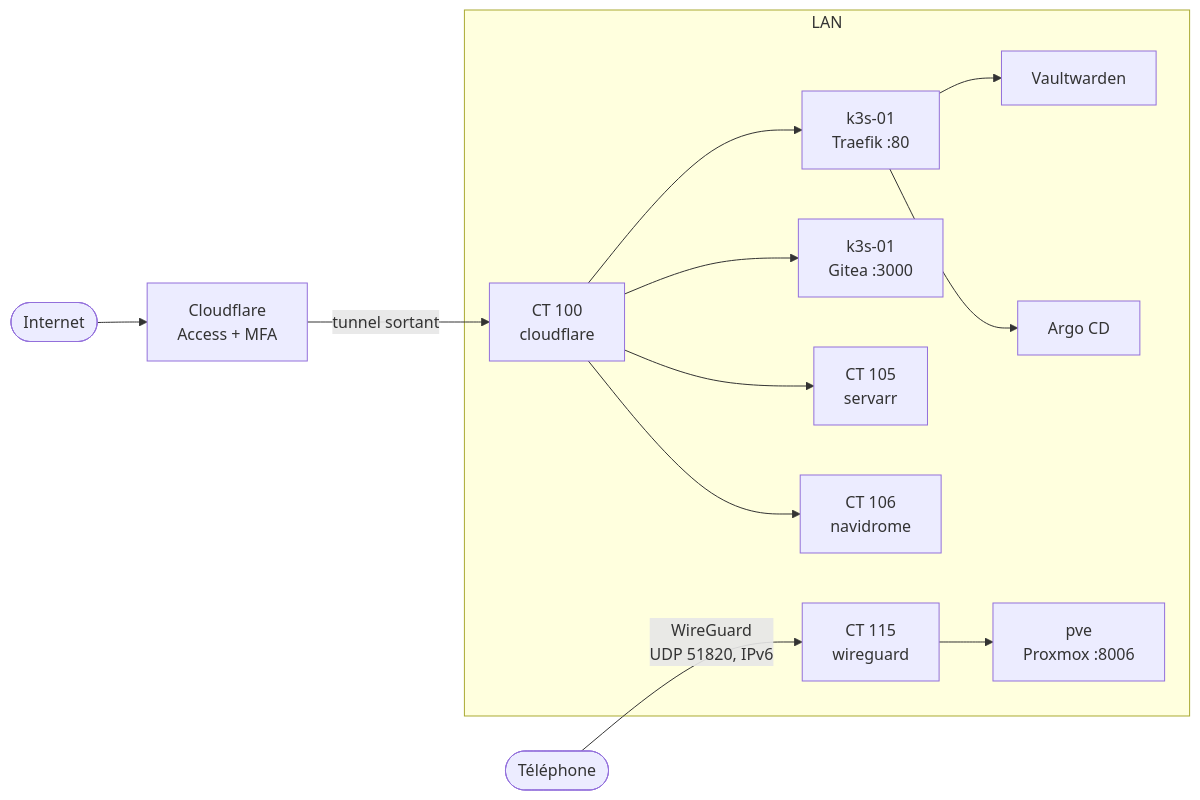
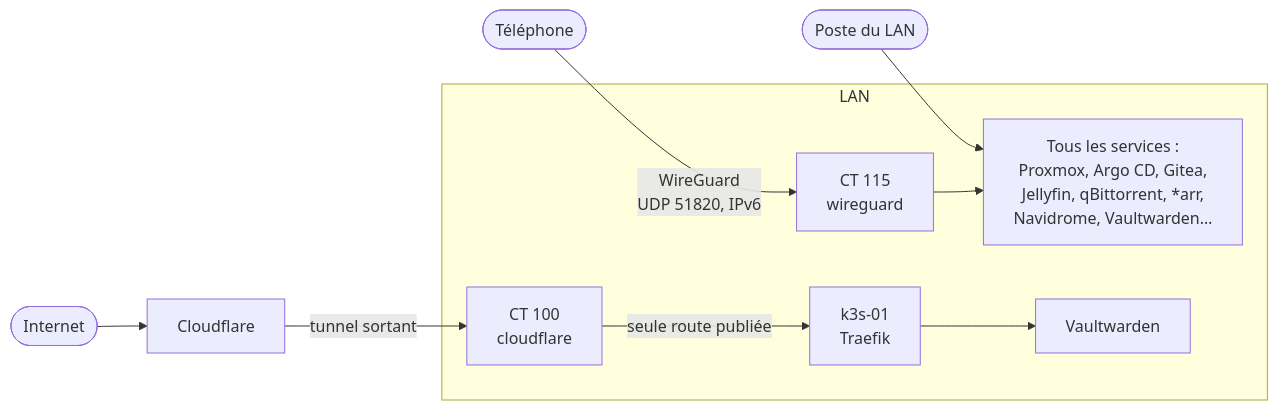
The diagram in docs/vue-ensemble/architecture.md (TLGitDev/homelab-public), drawn with Mermaid before and after one commit. The commit also changed other lines of this file and 3 other files, not shown here.

First line of the commit message:
Ne garder que Vaultwarden sur Cloudflare et noter l'alerte ntfy validée

````diff
--- a/docs/vue-ensemble/architecture.md
+++ b/docs/vue-ensemble/architecture.md
@@ -9,16 +9,13 @@
 ```mermaid
 flowchart LR
-    U([Internet]) --> CF["Cloudflare<br/>Access + MFA"]
+    U([Internet]) --> CF["Cloudflare"]
     T([Téléphone]) -->|"WireGuard<br/>UDP 51820, IPv6"| WG["CT 115<br/>wireguard"]
     CF -->|"tunnel sortant"| C100["CT 100<br/>cloudflare"]
+    P([Poste du LAN]) --> ALL
 
     subgraph LAN["LAN <réseau-lan>"]
-        C100 --> TR["k3s-01<br/>Traefik :80"]
-        C100 --> GI["k3s-01<br/>Gitea :3000"]
-        C100 --> SV["CT 105<br/>servarr"]
-        C100 --> ND["CT 106<br/>navidrome"]
+        C100 -->|"seule route publiée"| TR["k3s-01<br/>Traefik"]
         TR --> VW["Vaultwarden"]
-        TR --> AR["Argo CD"]
-        WG --> PVE["pve<br/>Proxmox :8006"]
+        WG --> ALL["Tous les services :<br/>Proxmox, Argo CD, Gitea,<br/>Jellyfin, qBittorrent, *arr,<br/>Navidrome, Vaultwarden…"]
     end
 ```
````
